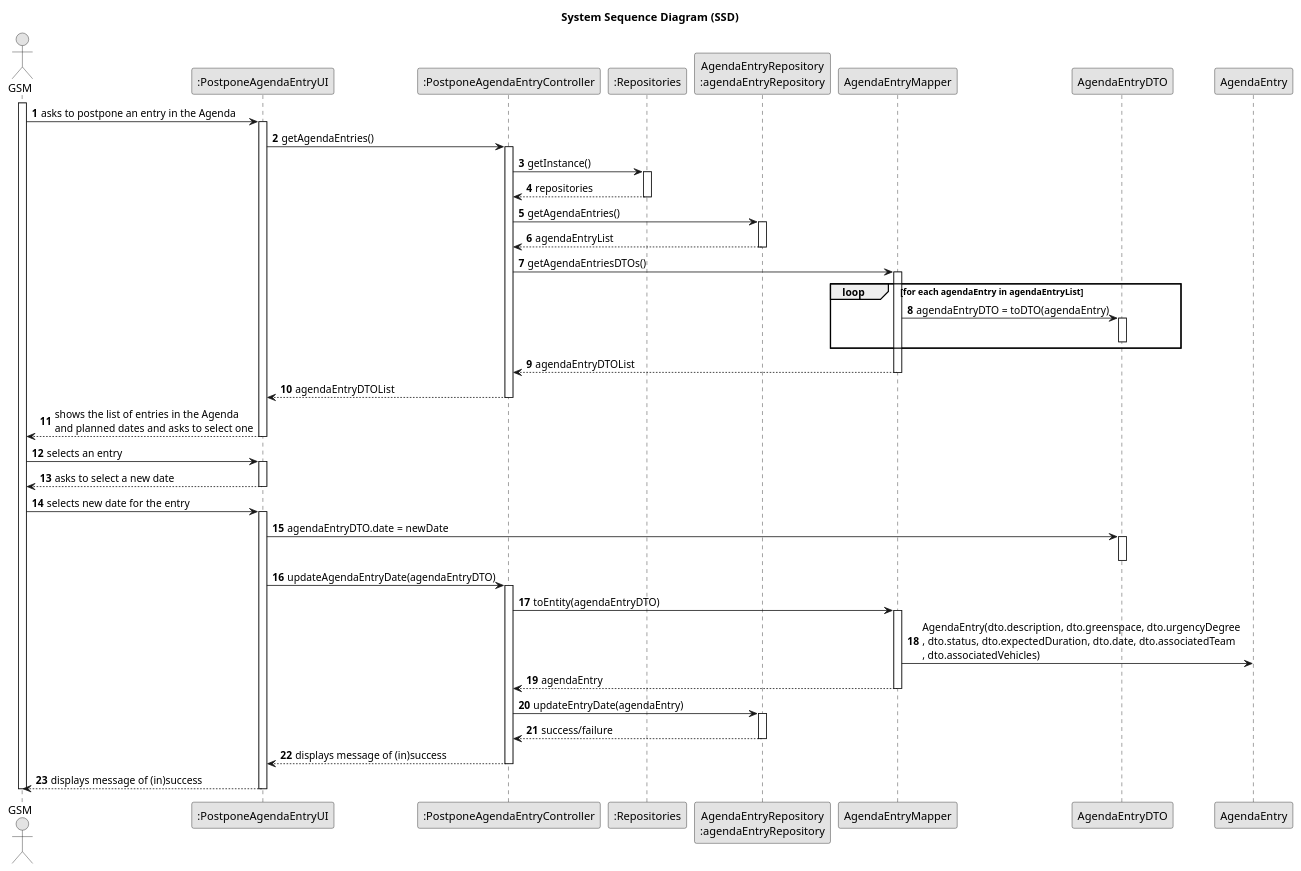
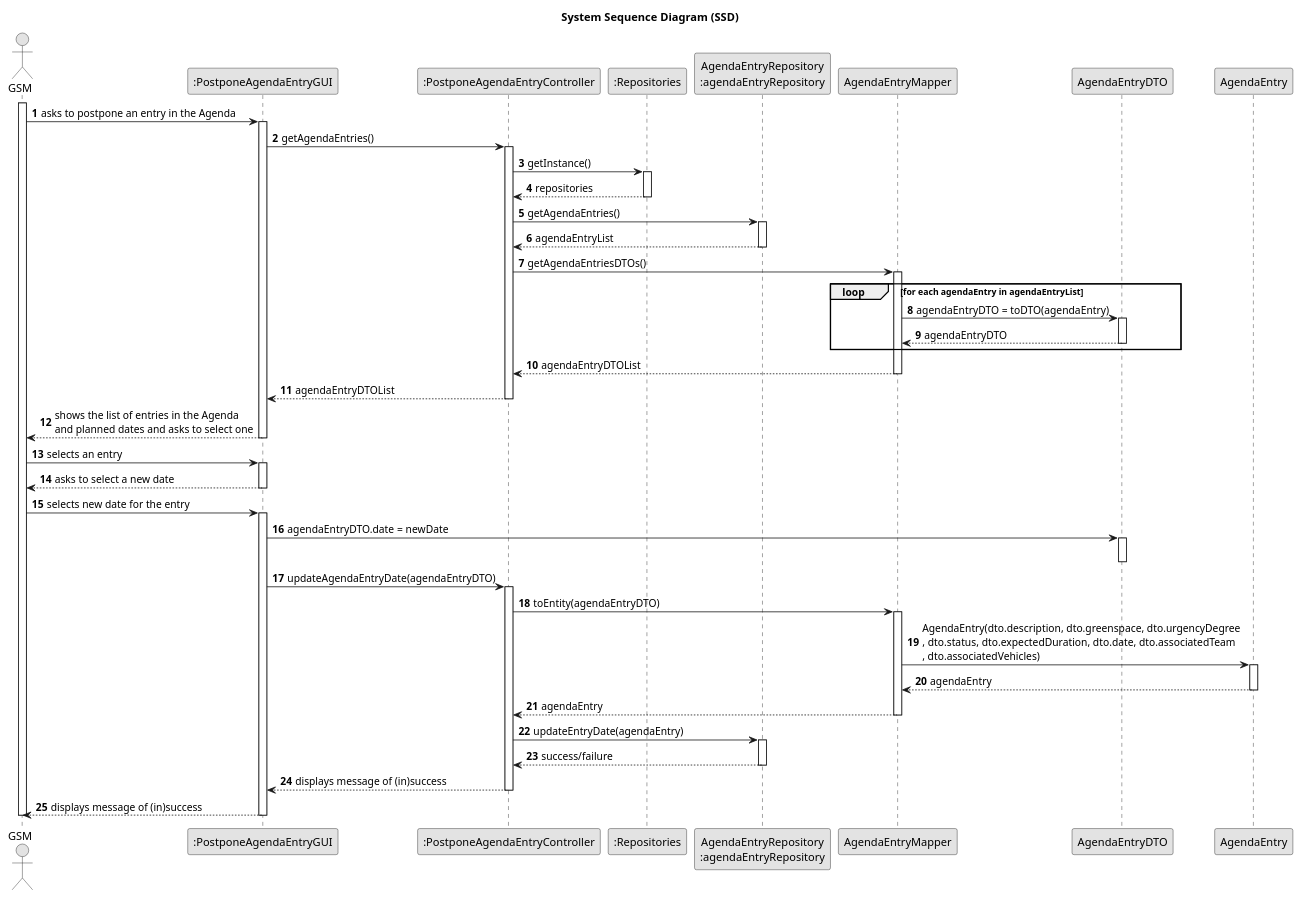
Before and after one commit to Departamento-de-Engenharia-Informatica/lei-24-s2-1do-g164: the diagram in docs/sprintC/us024/03.design/puml/us024-sequence-diagram-full.puml, drawn with PlantUML. The commit also changed 17 other files, not shown here.

Commit message:
US022 and US024 (docs): final adjustments in accord to the developed implementaton class diagram and sequence diagram from design slightly changed

```diff
--- a/docs/sprintC/us024/03.design/puml/us024-sequence-diagram-full.puml
+++ b/docs/sprintC/us024/03.design/puml/us024-sequence-diagram-full.puml
@@ -1,94 +1,97 @@
 @startuml
 skinparam monochrome true
 skinparam packageStyle rectangle
 skinparam shadowing false
 
 title System Sequence Diagram (SSD)
 
 autonumber
 
 actor "GSM" as Employee
-participant ":PostponeAgendaEntryUI" as UI
+participant ":PostponeAgendaEntryGUI" as UI
 participant ":PostponeAgendaEntryController" as CTRL
 participant ":Repositories" as RepositorySingleton
 participant "AgendaEntryRepository\n:agendaEntryRepository" as AgendaRepo
 participant "AgendaEntryMapper"
 participant "AgendaEntryDTO"
 activate Employee
 
     Employee -> UI : asks to postpone an entry in the Agenda
     activate UI
 
         UI -> CTRL : getAgendaEntries()
         activate CTRL
 
             CTRL -> RepositorySingleton : getInstance()
             activate RepositorySingleton
 
                 RepositorySingleton --> CTRL: repositories
             deactivate RepositorySingleton
 
             CTRL -> AgendaRepo : getAgendaEntries()
             activate AgendaRepo
 
                 AgendaRepo --> CTRL : agendaEntryList
             deactivate AgendaRepo
 
             CTRL -> "AgendaEntryMapper" : getAgendaEntriesDTOs()
             activate "AgendaEntryMapper"
 
             loop for each agendaEntry in agendaEntryList
                 "AgendaEntryMapper" -> "AgendaEntryDTO" : agendaEntryDTO = toDTO(agendaEntry)
                 activate "AgendaEntryDTO"
-
+                "AgendaEntryDTO" --> AgendaEntryMapper  : agendaEntryDTO
                 deactivate "AgendaEntryDTO"
             end
 
             "AgendaEntryMapper" --> CTRL : agendaEntryDTOList
             deactivate "AgendaEntryMapper"
 
             CTRL --> UI : agendaEntryDTOList
         deactivate CTRL
 
         UI --> Employee : shows the list of entries in the Agenda\nand planned dates and asks to select one
     deactivate UI
 
     Employee -> UI : selects an entry
     activate UI
 
         UI --> Employee : asks to select a new date
     deactivate UI
 
     Employee -> UI : selects new date for the entry
     activate UI
 
         UI -> "AgendaEntryDTO" : agendaEntryDTO.date = newDate
         activate "AgendaEntryDTO"
         deactivate "AgendaEntryDTO"
 
         UI -> CTRL : updateAgendaEntryDate(agendaEntryDTO)
         activate CTRL
 
             CTRL -> "AgendaEntryMapper" : toEntity(agendaEntryDTO)
             activate "AgendaEntryMapper"
 
                 AgendaEntryMapper -> AgendaEntry : AgendaEntry(dto.description, dto.greenspace, dto.urgencyDegree\n, dto.status, dto.expectedDuration, dto.date, dto.associatedTeam\n, dto.associatedVehicles)
+                activate AgendaEntry
+                AgendaEntry --> AgendaEntryMapper : agendaEntry
+                deactivate AgendaEntry
 
             "AgendaEntryMapper" --> CTRL : agendaEntry
             deactivate "AgendaEntryMapper"
 
             CTRL -> AgendaRepo : updateEntryDate(agendaEntry)
             activate AgendaRepo
 
                 AgendaRepo --> CTRL : success/failure
             deactivate AgendaRepo
 
             CTRL --> UI : displays message of (in)success
         deactivate CTRL
 
         UI --> Employee : displays message of (in)success
     deactivate UI
 
 deactivate Employee
 
 @enduml
```
